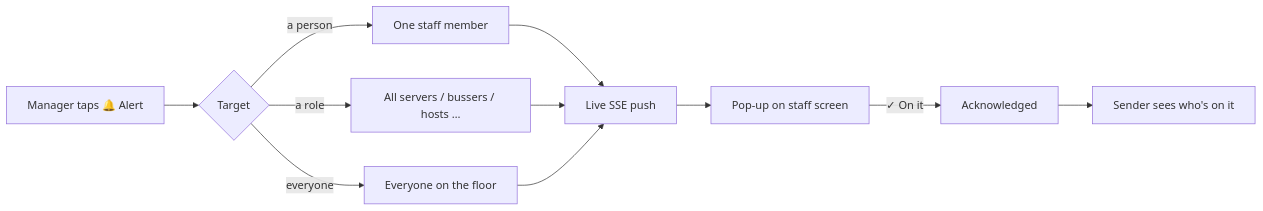
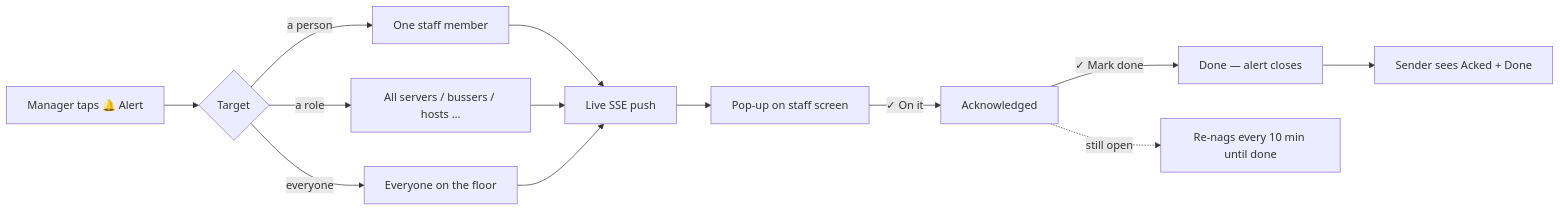
Diagram 16 of 16 in docs/HANDBOOK.md (nolanle-gmail/pho-ha-noi), drawn with Mermaid before and after one commit. The commit also changed other lines of this file, not shown here.

Commit message:
HANDBOOK: document floor-alert On it → Mark done flow

````diff
--- a/docs/HANDBOOK.md
+++ b/docs/HANDBOOK.md
@@ -1187,12 +1187,15 @@
 ```mermaid
 flowchart LR
   M[Manager taps 🔔 Alert] --> T{Target}
   T -->|a person| P[One staff member]
   T -->|a role| R[All servers / bussers / hosts …]
   T -->|everyone| E[Everyone on the floor]
   P --> D[Live SSE push]
   R --> D
   E --> D
-  D --> POP[Pop-up on staff screen] -->|✓ On it| ACK[Acknowledged]
-  ACK --> S[Sender sees who's on it]
+  D --> POP[Pop-up on staff screen]
+  POP -->|✓ On it| ACK[Acknowledged]
+  ACK -->|✓ Mark done| DONE[Done — alert closes]
+  ACK -.->|still open| NAG[Re-nags every 10 min until done]
+  DONE --> S[Sender sees Acked + Done]
 ```
````
